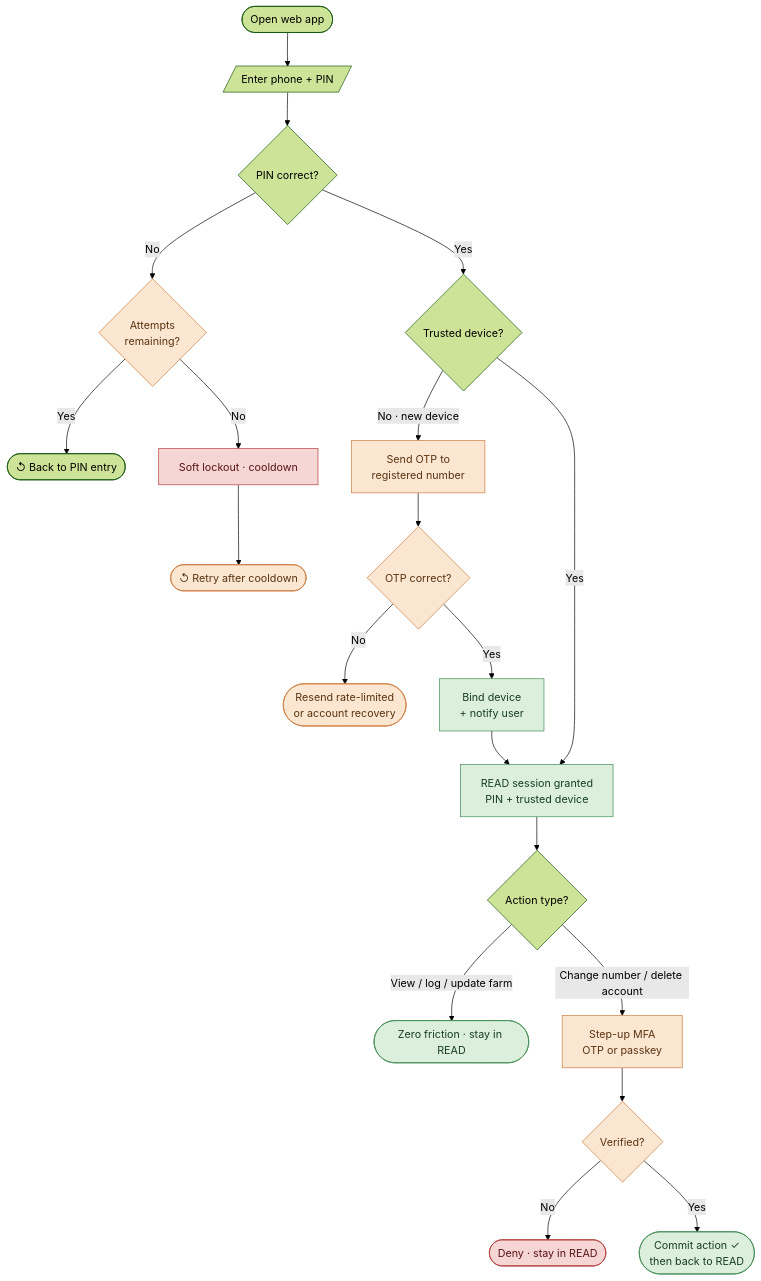
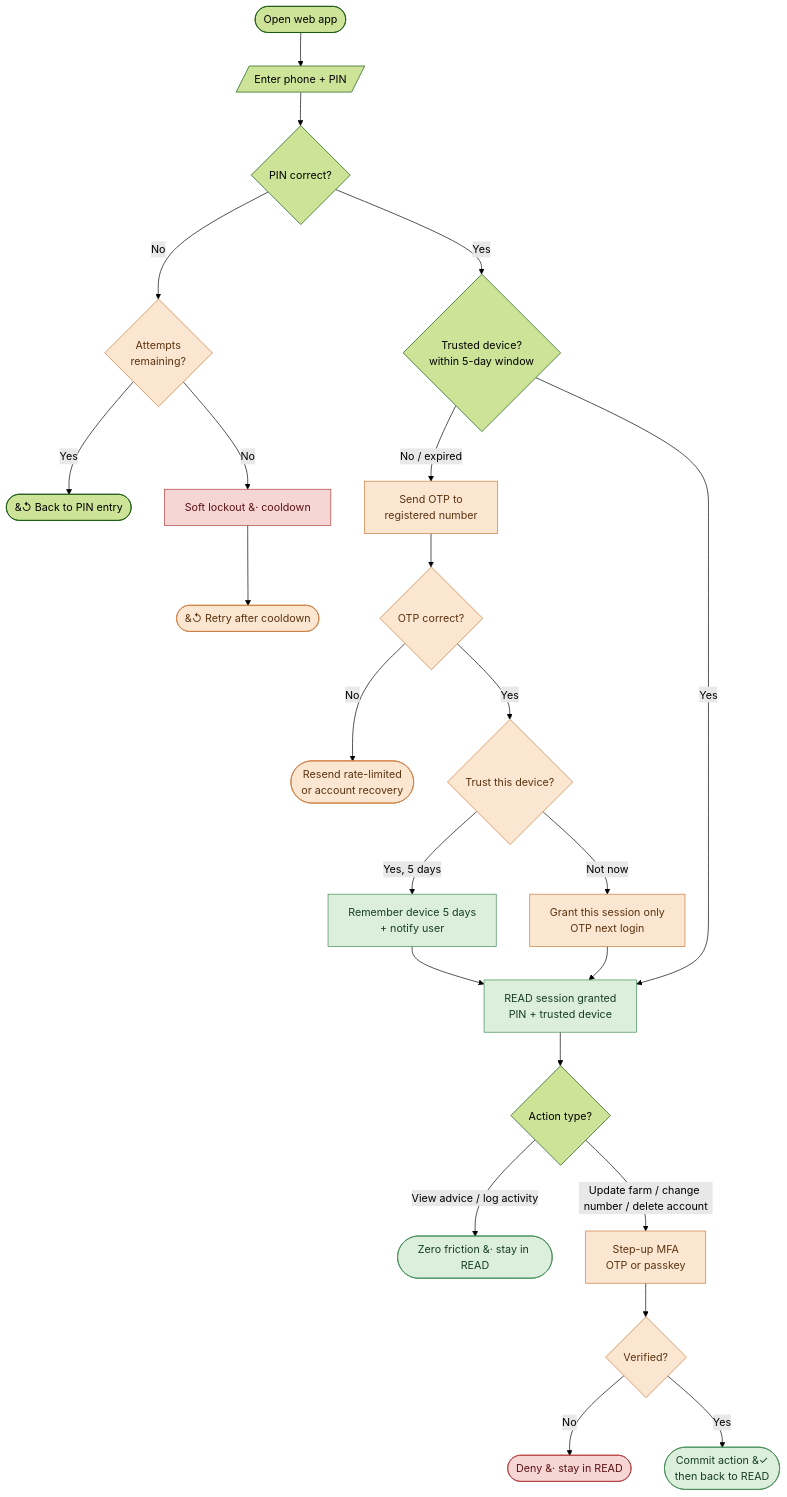
The diagram in Farm Advising App.md (munya1995/ExperimentFeatures1995), drawn with Mermaid (forest theme) before and after one commit. The commit also changed other lines of this file, not shown here.

````diff
--- a/Farm Advising App.md
+++ b/Farm Advising App.md
@@ -8,34 +12,37 @@
 ```mermaid
 flowchart TD
     A([Open web app]) --> B[/Enter phone + PIN/]
     B --> C{PIN correct?}
 
     C -- No --> C1{Attempts<br/>remaining?}
-    C1 -- Yes --> C2([↺ Back to PIN entry])
-    C1 -- No --> C3[Soft lockout · cooldown]
-    C3 --> C4([↺ Retry after cooldown])
+    C1 -- Yes --> C2([&#8634; Back to PIN entry])
+    C1 -- No --> C3[Soft lockout &#183; cooldown]
+    C3 --> C4([&#8634; Retry after cooldown])
 
-    C -- Yes --> D{Trusted device?}
+    C -- Yes --> D{Trusted device?<br/>within 5-day window}
 
-    D -- No · new device --> E[Send OTP to<br/>registered number]
+    D -- No / expired --> E[Send OTP to<br/>registered number]
     E --> E1{OTP correct?}
     E1 -- No --> E2([Resend rate-limited<br/>or account recovery])
-    E1 -- Yes --> E3[Bind device<br/>+ notify user]
+    E1 -- Yes --> T{Trust this device?}
+    T -- Yes, 5 days --> E3[Remember device 5 days<br/>+ notify user]
+    T -- Not now --> E4[Grant this session only<br/>OTP next login]
     E3 --> F
+    E4 --> F
 
     D -- Yes --> F["READ session granted<br/>PIN + trusted device"]
 
     F --> G{Action type?}
-    G -- View / log / update farm --> G1([Zero friction · stay in READ])
-    G -- Change number / delete account --> H[Step-up MFA<br/>OTP or passkey]
+    G -- View advice / log activity --> G1([Zero friction &#183; stay in READ])
+    G -- Update farm / change number / delete account --> H[Step-up MFA<br/>OTP or passkey]
     H --> H1{Verified?}
-    H1 -- No --> H2([Deny · stay in READ])
-    H1 -- Yes --> H3([Commit action ✓<br/>then back to READ])
+    H1 -- No --> H2([Deny &#183; stay in READ])
+    H1 -- Yes --> H3([Commit action &#10003;<br/>then back to READ])
 
     classDef happy fill:#dcefdd,stroke:#3f8b52,color:#173d24;
     classDef warn  fill:#fbe6d2,stroke:#cc7a3b,color:#5a3410;
     classDef block fill:#f6d5d5,stroke:#b33a3a,color:#5a1414;
     class F,G1,E3,H3 happy;
-    class C1,C4,E,E1,E2,H,H1 warn;
+    class C1,C4,E,E1,E2,T,E4,H,H1 warn;
     class C3,H2 block;
 ```
````
